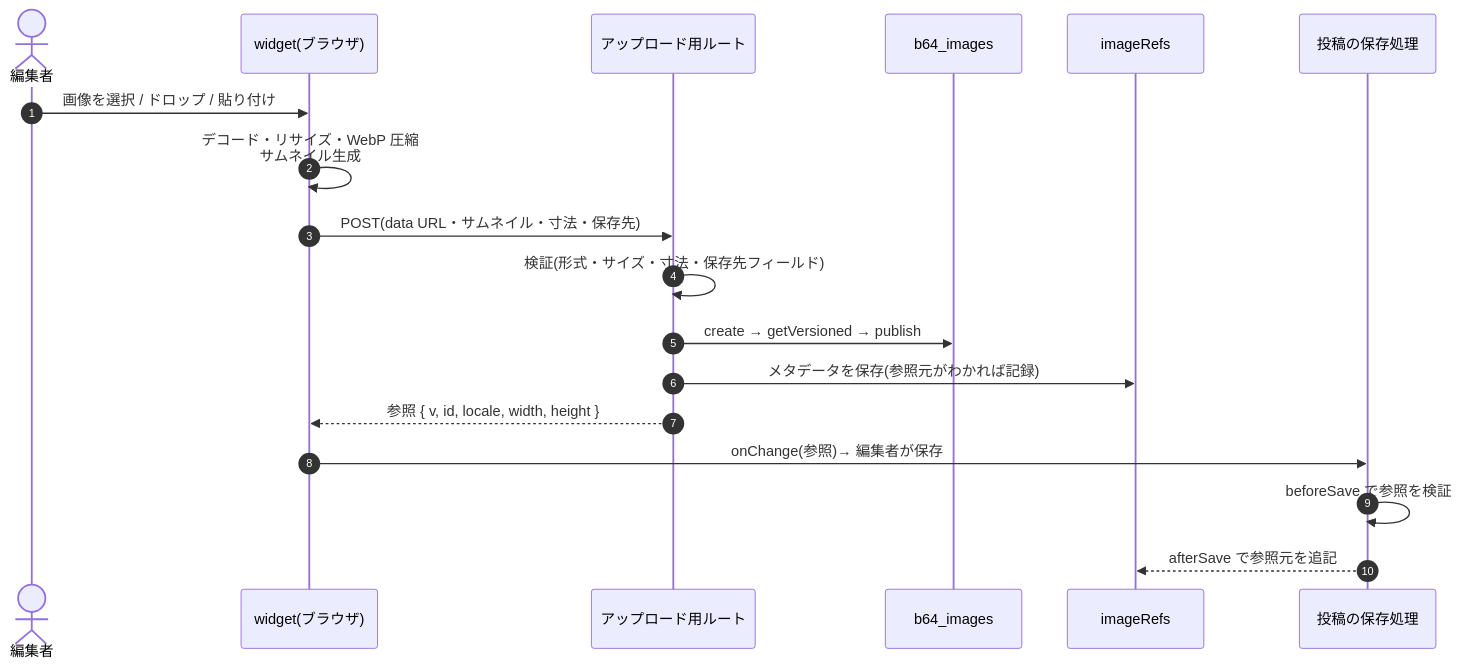
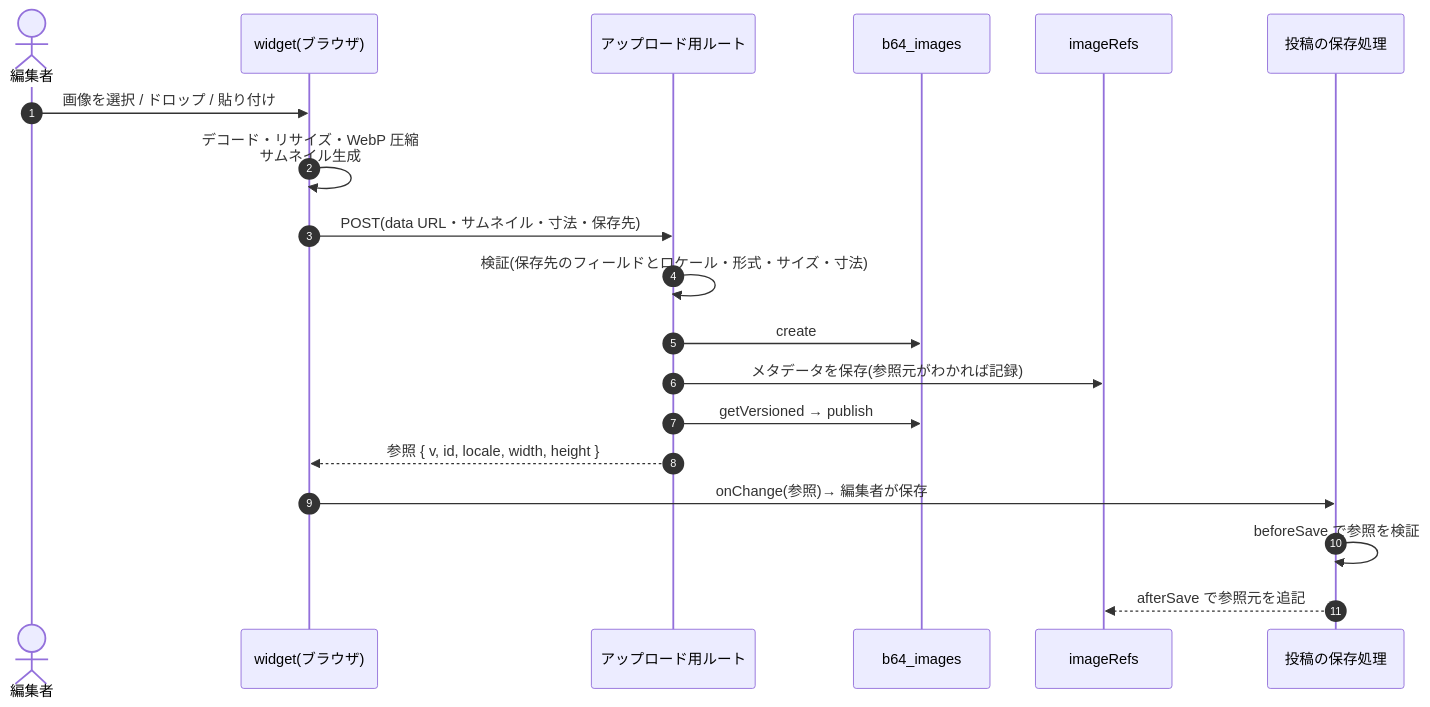
One commit to KazukiMiyazato2021/emdash-base64img-plugin changed the first of 2 diagrams in plans/base64-image-plugin-spec.md. Above: the diagram before and after it, drawn with Mermaid. The commit also changed other lines of this file and 2 other files, not shown here.

Commit message:
T18: 仕様書 4.2・7・8 章に結果を反映し、知見ノートを索引に登録する(リーダー)
- 4.2: 図の順番を create → imageRefs → getVersioned → publish にする
- 7 章: capability の一覧はプラグイン全体のもので、アップロードで使うものを書き分ける
- 8 章の表 ①: target.locale がサイトのロケールであることを足す
- 知見ノート emdash-plugin-upload-route を索引に登録する

````diff
--- a/plans/base64-image-plugin-spec.md
+++ b/plans/base64-image-plugin-spec.md
@@ -166,20 +166,21 @@
 ```mermaid
 sequenceDiagram
     autonumber
     actor Editor as 編集者
     participant W as widget(ブラウザ)
     participant R as アップロード用ルート
     participant C as b64_images
     participant S as imageRefs
     participant P as 投稿の保存処理
     Editor->>W: 画像を選択 / ドロップ / 貼り付け
     W->>W: デコード・リサイズ・WebP 圧縮<br/>サムネイル生成
     W->>R: POST(data URL・サムネイル・寸法・保存先)
-    R->>R: 検証(形式・サイズ・寸法・保存先フィールド)
-    R->>C: create → getVersioned → publish
+    R->>R: 検証(保存先のフィールドとロケール・形式・サイズ・寸法)
+    R->>C: create
     R->>S: メタデータを保存(参照元がわかれば記録)
+    R->>C: getVersioned → publish
     R-->>W: 参照 { v, id, locale, width, height }
     W->>P: onChange(参照)→ 編集者が保存
     P->>P: beforeSave で参照を検証
     P-->>S: afterSave で参照元を追記
 ```
````
